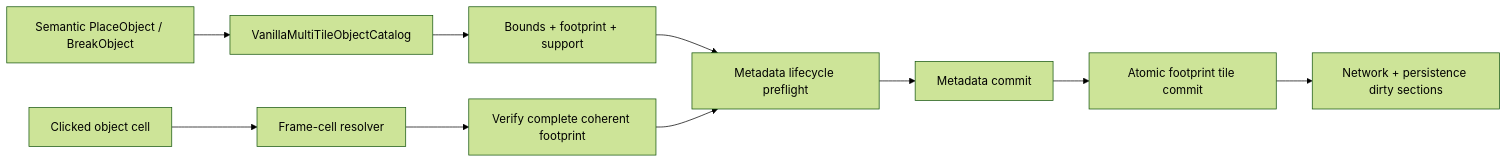
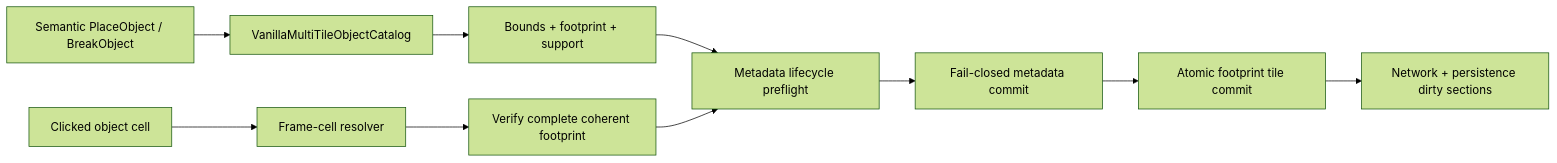
Before and after one commit to VegaKernel/TerraRuntime: the diagram in docs/en/multi-tile-object-mutations.md, drawn with Mermaid (forest theme). The commit also changed other lines of this file and 7 other files, not shown here.

````diff
--- a/docs/en/multi-tile-object-mutations.md
+++ b/docs/en/multi-tile-object-mutations.md
@@ -7,13 +7,13 @@
 ```mermaid
 flowchart LR
     Command["Semantic PlaceObject / BreakObject"] --> Catalog["VanillaMultiTileObjectCatalog"]
     Catalog --> Preflight["Bounds + footprint + support"]
     Preflight --> MetadataCheck["Metadata lifecycle preflight"]
-    MetadataCheck --> MetadataCommit["Metadata commit"]
+    MetadataCheck --> MetadataCommit["Fail-closed metadata commit"]
     MetadataCommit --> Tiles["Atomic footprint tile commit"]
     Tiles --> Dirty["Network + persistence dirty sections"]
 
     Click["Clicked object cell"] --> Resolve["Frame-cell resolver"]
     Resolve --> Coherent["Verify complete coherent footprint"]
     Coherent --> MetadataCheck
 ```
````
